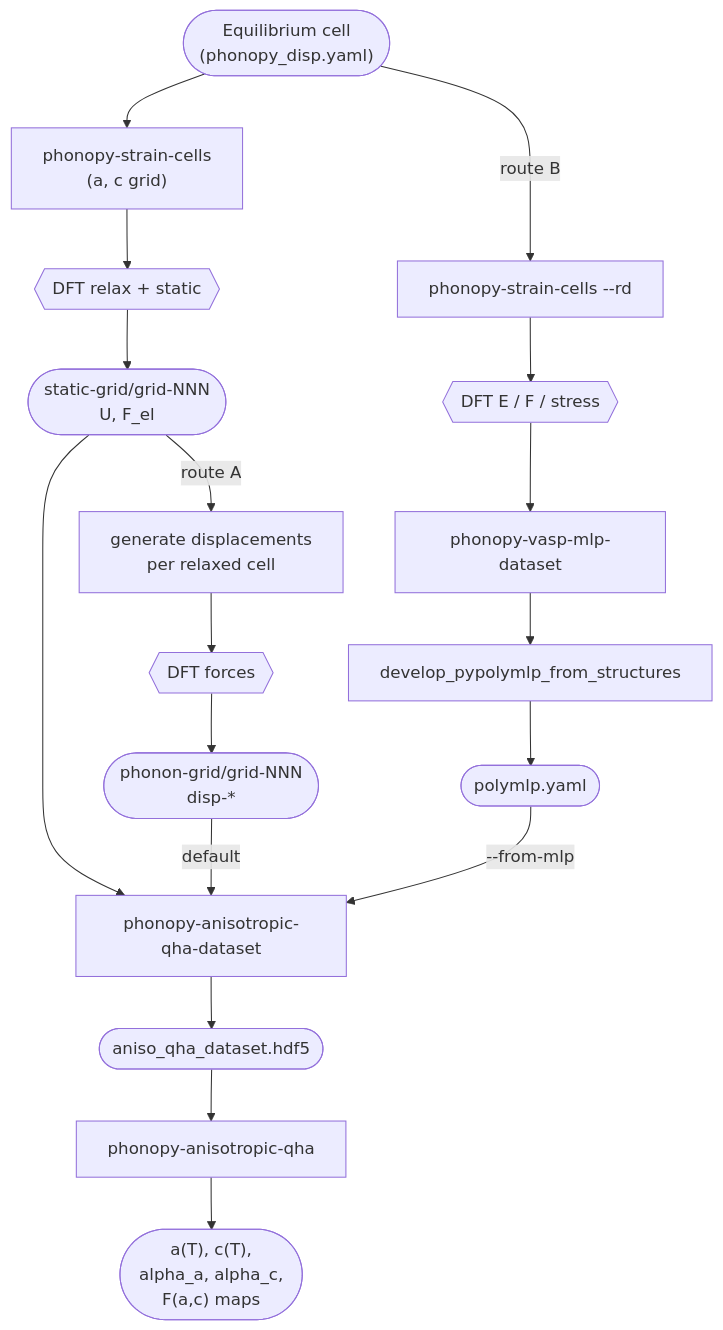
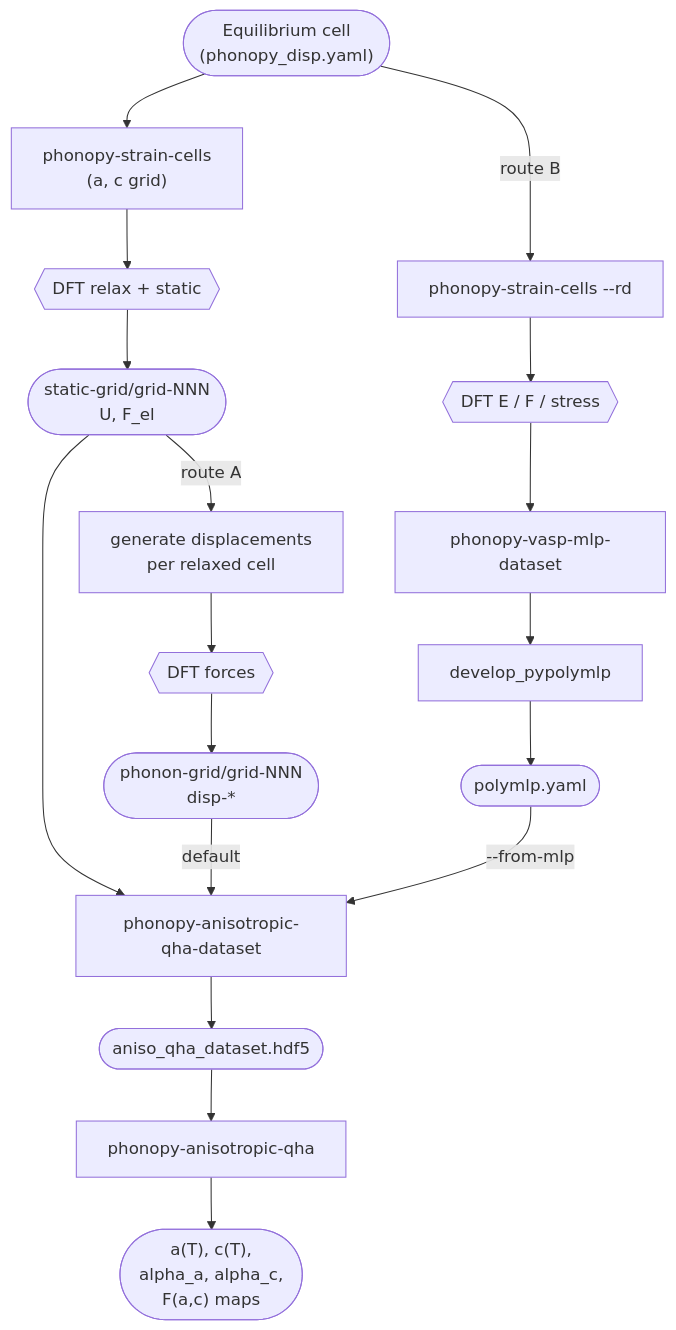
Before and after one commit to phonopy/phonopy: the diagram in doc/anisotropic-qha.md, drawn with Mermaid. The commit also changed other lines of this file and 4 other files, not shown here.

Commit message:
Unify pypolymlp training entry points into develop_pypolymlp

````diff
--- a/doc/anisotropic-qha.md
+++ b/doc/anisotropic-qha.md
@@ -66,26 +66,26 @@
 ```{mermaid}
 flowchart TD
     EQ(["Equilibrium cell<br/>(phonopy_disp.yaml)"])
 
     EQ --> SC["phonopy-strain-cells<br/>(a, c grid)"]
     SC --> RELAX{{"DFT relax + static"}}
     RELAX --> SGRID(["static-grid/grid-NNN<br/>U, F_el"])
 
     SGRID -->|"route A"| PD["generate displacements<br/>per relaxed cell"]
     PD --> DFTF{{"DFT forces"}}
     DFTF --> PGRID(["phonon-grid/grid-NNN<br/>disp-*"])
 
     EQ -->|"route B"| SCT["phonopy-strain-cells --rd"]
     SCT --> DFTT{{"DFT E / F / stress"}}
     DFTT --> MLPDS["phonopy-vasp-mlp-dataset"]
-    MLPDS --> DEV["develop_pypolymlp_from_structures"]
+    MLPDS --> DEV["develop_pypolymlp"]
     DEV --> MLP(["polymlp.yaml"])
 
     SGRID --> BUILD["phonopy-anisotropic-qha-dataset"]
     PGRID -->|"default"| BUILD
     MLP -->|"--from-mlp"| BUILD
     BUILD --> DS(["aniso_qha_dataset.hdf5"])
 
     DS --> ANA["phonopy-anisotropic-qha"]
     ANA --> RES(["a(T), c(T),<br/>alpha_a, alpha_c,<br/>F(a,c) maps"])
 ```
````
